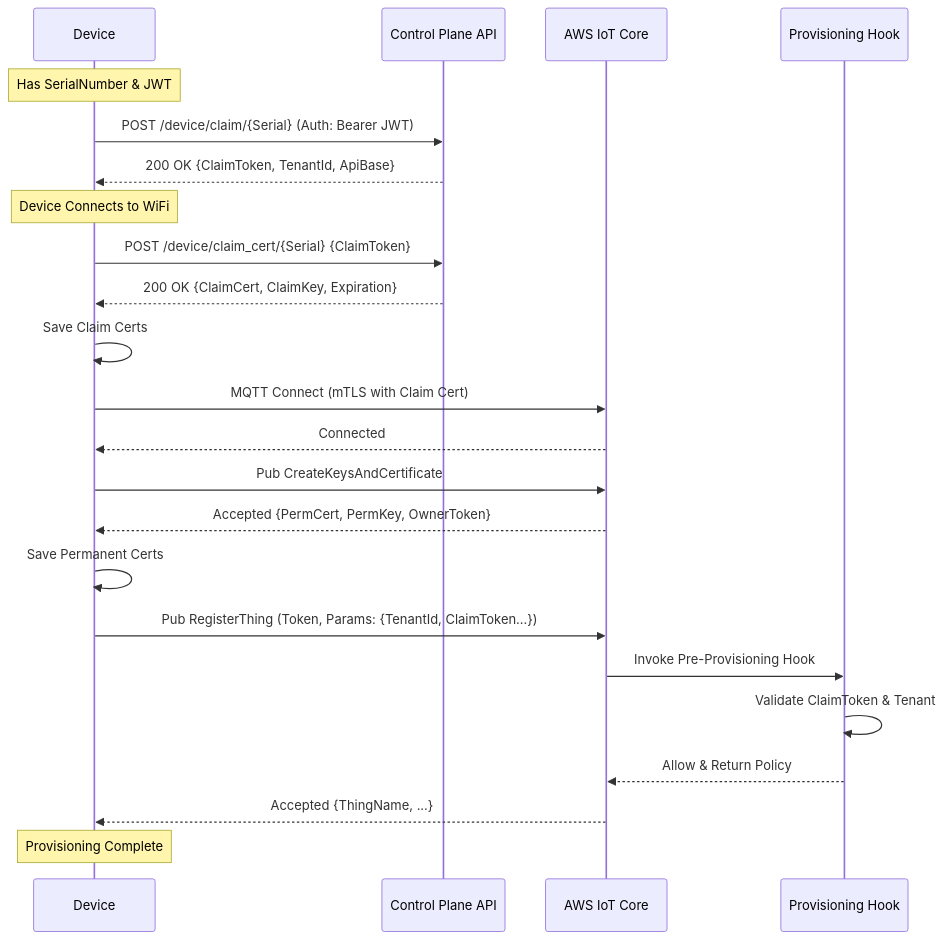
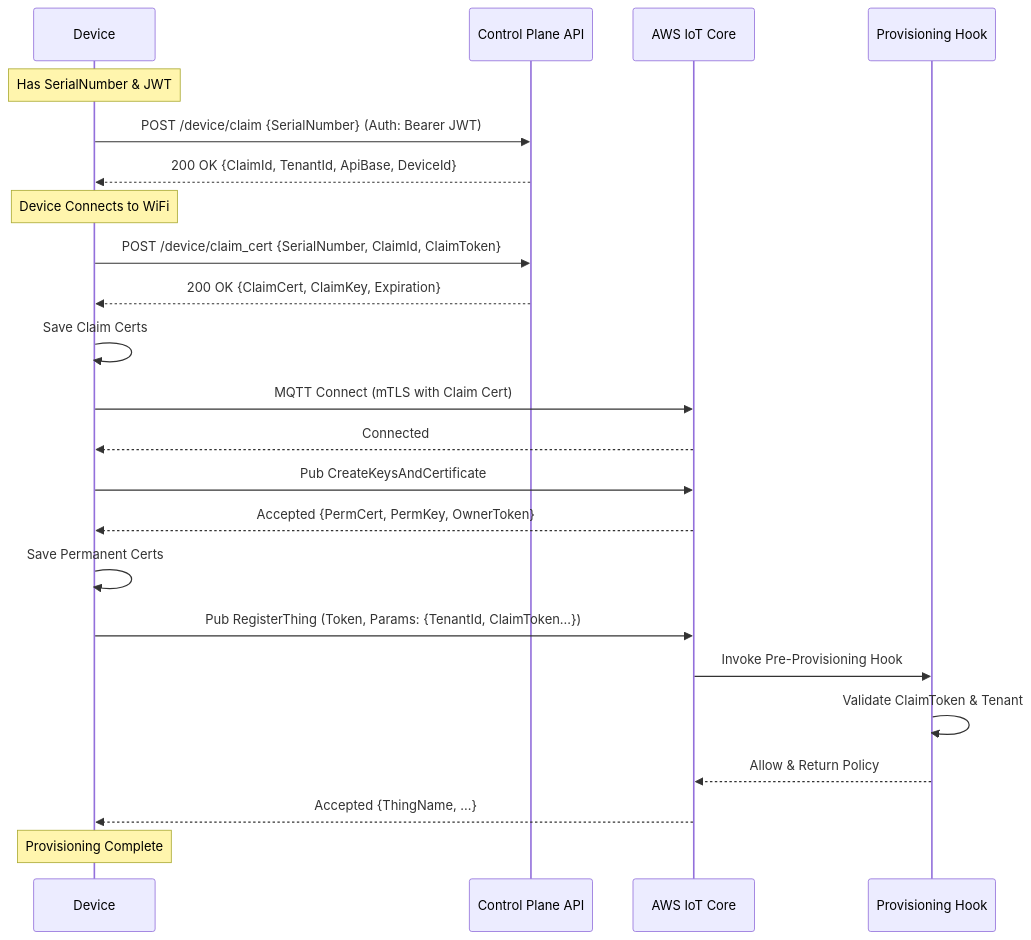
The diagram in docs/provision_flow.md (colint-designcatapult/pillorganizer), drawn with Mermaid before and after one commit. The commit also changed other lines of this file and 16 other files, not shown here.

````diff
--- a/docs/provision_flow.md
+++ b/docs/provision_flow.md
@@ -101,35 +111,35 @@
 ```mermaid
 sequenceDiagram
     participant Device
     participant API as Control Plane API
     participant IoT as AWS IoT Core
     participant Lambda as Provisioning Hook
 
     Note over Device: Has SerialNumber & JWT
 
-    Device->>API: POST /device/claim/{Serial} (Auth: Bearer JWT)
-    API-->>Device: 200 OK {ClaimToken, TenantId, ApiBase}
+    Device->>API: POST /device/claim {SerialNumber} (Auth: Bearer JWT)
+    API-->>Device: 200 OK {ClaimId, TenantId, ApiBase, DeviceId}
 
     Note over Device: Device Connects to WiFi
 
-    Device->>API: POST /device/claim_cert/{Serial} {ClaimToken}
+    Device->>API: POST /device/claim_cert {SerialNumber, ClaimId, ClaimToken}
     API-->>Device: 200 OK {ClaimCert, ClaimKey, Expiration}
 
     Device->>Device: Save Claim Certs
 
     Device->>IoT: MQTT Connect (mTLS with Claim Cert)
     IoT-->>Device: Connected
 
     Device->>IoT: Pub CreateKeysAndCertificate
     IoT-->>Device: Accepted {PermCert, PermKey, OwnerToken}
 
     Device->>Device: Save Permanent Certs
 
     Device->>IoT: Pub RegisterThing (Token, Params: {TenantId, ClaimToken...})
     IoT->>Lambda: Invoke Pre-Provisioning Hook
     Lambda->>Lambda: Validate ClaimToken & Tenant
     Lambda-->>IoT: Allow & Return Policy
     IoT-->>Device: Accepted {ThingName, ...}
 
     Note over Device: Provisioning Complete
 ```
````
